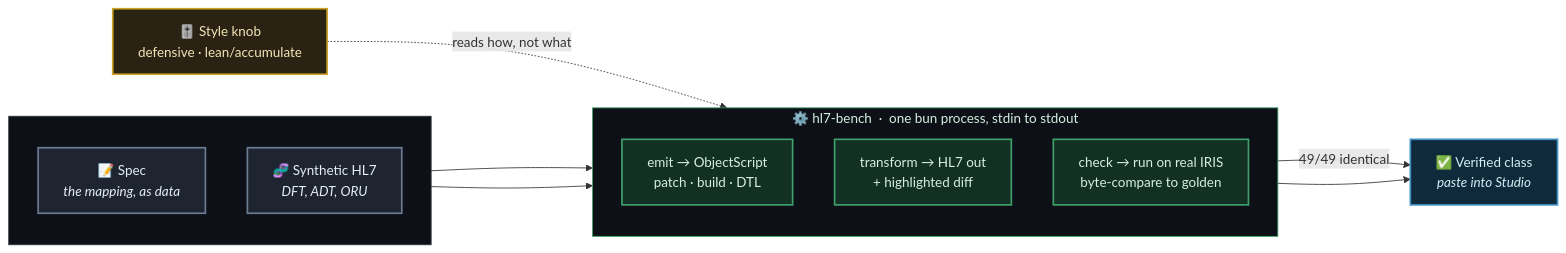
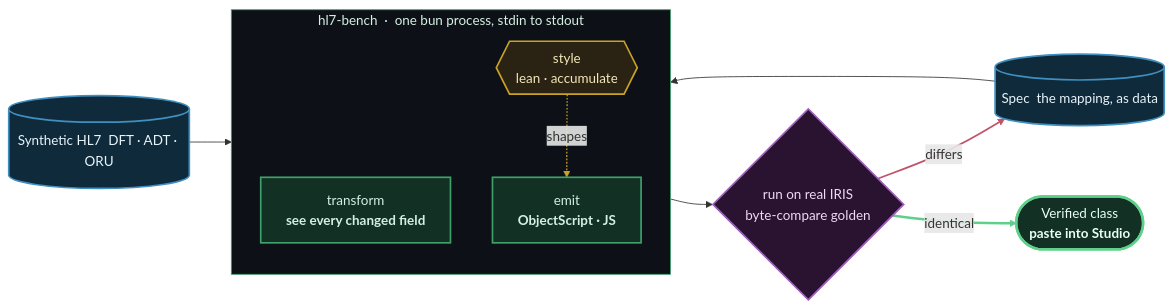
One commit to iacsha/hl7-bench changed the diagram in Assets/hl7-bench-loop.mmd. Above: the diagram before and after it, drawn with Mermaid. The commit also changed 1 other file, not shown here.

Commit message:
Redesign the README bench diagram for sense and punch
Flat list to a verify loop: data cylinders in, bench emits/transforms with the style knob, IRIS check sends differs back (red) or identical out (green).

```diff
--- a/Assets/hl7-bench-loop.mmd
+++ b/Assets/hl7-bench-loop.mmd
@@ -1,36 +1,37 @@
-%% hl7-bench: one process, spec and message in, verified ObjectScript out.
+%% hl7-bench: one spec, proven, emitted as the engine's own language.
 %% Render to PNG before use. GitHub renders mermaid inline; LinkedIn does not.
 flowchart LR
-    subgraph IN[" "]
-        direction TB
-        SPEC["📝 Spec<br/><i>the mapping, as data</i>"]
-        MSG["🧬 Synthetic HL7<br/><i>DFT, ADT, ORU</i>"]
-    end
+    SPEC[("Spec&nbsp;&nbsp;the mapping, as data")]
+    MSG[("Synthetic HL7&nbsp;&nbsp;DFT · ADT · ORU")]
 
     SPEC --> BENCH
     MSG --> BENCH
 
-    subgraph BENCH["⚙️ hl7-bench &nbsp;·&nbsp; one bun process, stdin to stdout"]
+    subgraph BENCH["&nbsp;hl7-bench &nbsp;·&nbsp; one bun process, stdin to stdout&nbsp;"]
         direction TB
-        EMIT["emit → ObjectScript<br/>patch · build · DTL"]
-        XFORM["transform → HL7 out<br/>+ highlighted diff"]
-        CHECK["check → run on real IRIS<br/>byte-compare to golden"]
+        T["transform<br/><b>see every changed field</b>"]
+        E["emit<br/><b>ObjectScript · JS</b>"]
+        KNOB{{"style<br/>lean · accumulate"}}
+        KNOB -. shapes .-> E
     end
 
-    STYLE["🎚️ Style knob<br/>defensive · lean/accumulate"] -.->|reads how, not what| EMIT
+    BENCH --> CHECK{"run on real IRIS<br/>byte-compare golden"}
+    CHECK -- "differs" --> SPEC
+    CHECK == "identical" ==> OUT(["Verified class<br/><b>paste into Studio</b>"])
 
-    BENCH --> OUT["✅ Verified class<br/><i>paste into Studio</i>"]
-    CHECK -->|"49/49 identical"| OUT
+    classDef io fill:#0f2a3a,stroke:#3f8fc0,color:#e8f4fb,stroke-width:2px
+    classDef work fill:#123024,stroke:#3fa06a,color:#d5f0e2,stroke-width:2px
+    classDef knob fill:#2a2313,stroke:#c9a227,color:#f2e6b8,stroke-width:2px
+    classDef gate fill:#2a1330,stroke:#a05fc0,color:#efd9f5,stroke-width:2px
+    classDef win fill:#123024,stroke:#5fd08a,color:#eafff2,stroke-width:3px
 
-    classDef in fill:#1e2530,stroke:#6b7c93,color:#e6edf5,stroke-width:2px
-    classDef bench fill:#123024,stroke:#3fa06a,color:#d5f0e2,stroke-width:2px
-    classDef knob fill:#2a2313,stroke:#c9a227,color:#f2e6b8,stroke-width:2px
-    classDef out fill:#0f2a3a,stroke:#3f8fc0,color:#d5ecf5,stroke-width:2px
+    class SPEC,MSG io
+    class T,E work
+    class KNOB knob
+    class CHECK gate
+    class OUT win
 
-    class SPEC,MSG in
-    class EMIT,XFORM,CHECK bench
-    class STYLE knob
-    class OUT out
-
-    style IN fill:#0d1117,stroke:#30363d,color:#e6edf5
     style BENCH fill:#0d1117,stroke:#3fa06a,color:#d5f0e2
+    linkStyle 2 stroke:#c9a227,stroke-width:1.5px
+    linkStyle 4 stroke:#c0526a,stroke-width:2px
+    linkStyle 5 stroke:#5fd08a,stroke-width:3px
```
